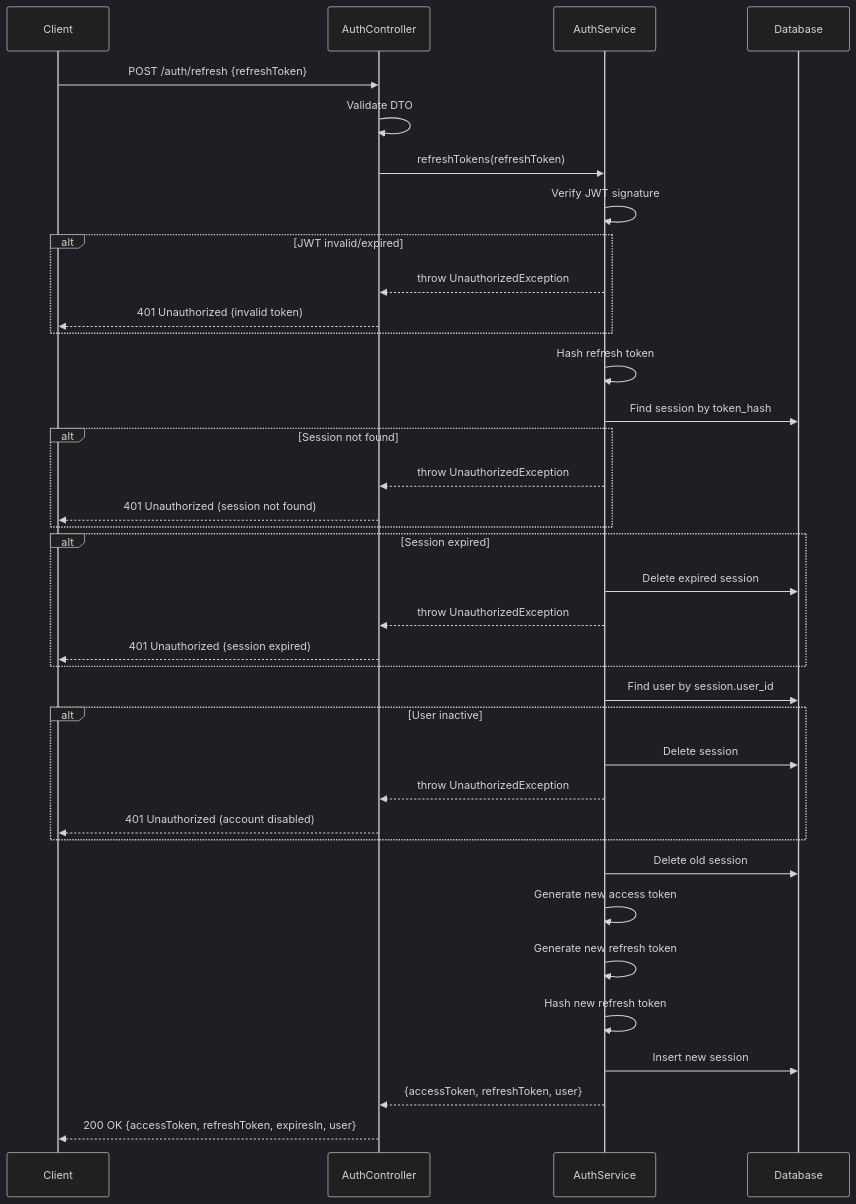
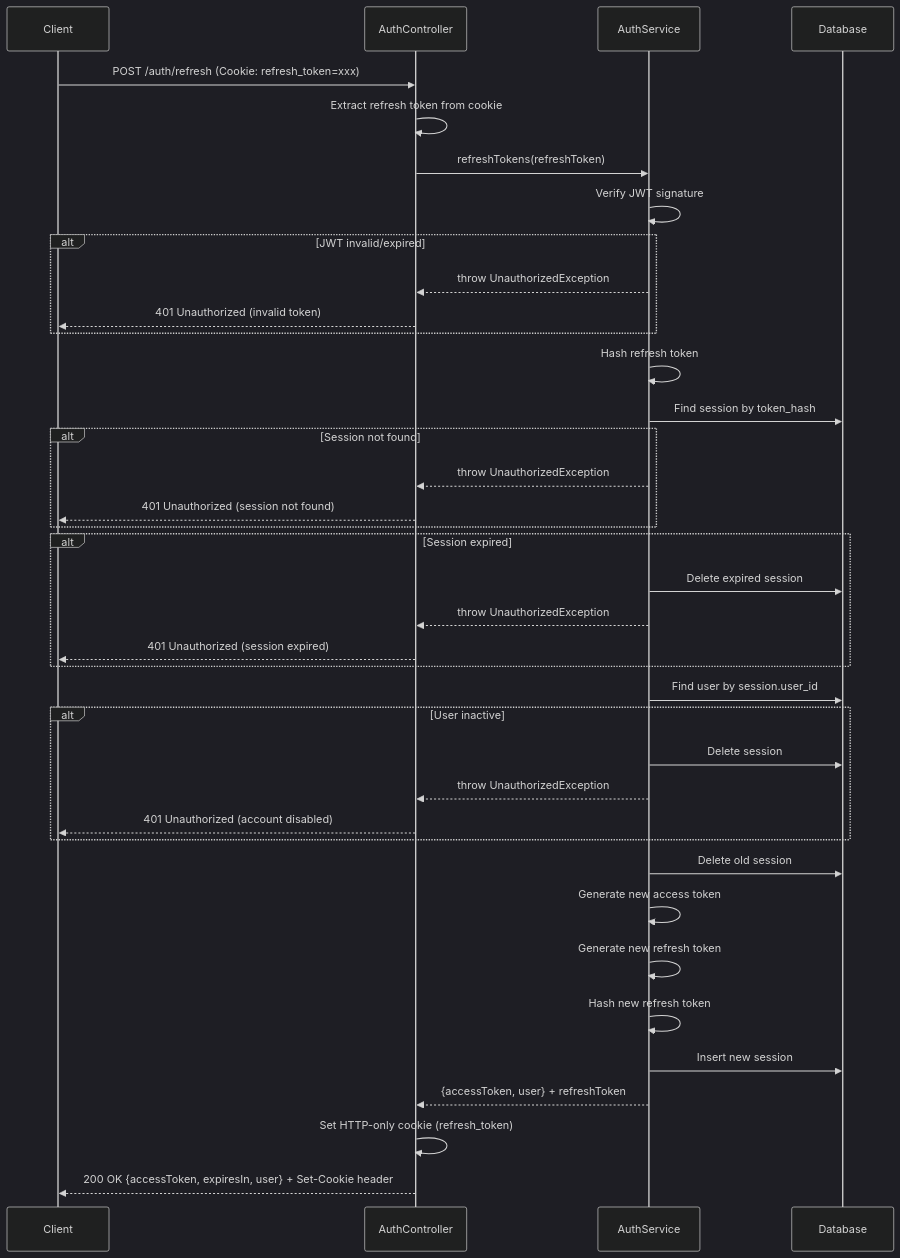
One commit to LeoChiu1027/cms changed the third of 5 diagrams in docs/auth-sequences.md. Above: the diagram before and after it, drawn with Mermaid (dark theme). The commit also changed other lines of this file and 15 other files, not shown here.

````diff
--- a/docs/auth-sequences.md
+++ b/docs/auth-sequences.md
@@ -79,47 +81,48 @@
 ```mermaid
 sequenceDiagram
     participant C as Client
     participant AC as AuthController
     participant AS as AuthService
     participant DB as Database
 
-    C->>AC: POST /auth/refresh {refreshToken}
-    AC->>AC: Validate DTO
+    C->>AC: POST /auth/refresh (Cookie: refresh_token=xxx)
+    AC->>AC: Extract refresh token from cookie
     AC->>AS: refreshTokens(refreshToken)
     AS->>AS: Verify JWT signature
 
     alt JWT invalid/expired
         AS-->>AC: throw UnauthorizedException
         AC-->>C: 401 Unauthorized (invalid token)
     end
 
     AS->>AS: Hash refresh token
     AS->>DB: Find session by token_hash
 
     alt Session not found
         AS-->>AC: throw UnauthorizedException
         AC-->>C: 401 Unauthorized (session not found)
     end
 
     alt Session expired
         AS->>DB: Delete expired session
         AS-->>AC: throw UnauthorizedException
         AC-->>C: 401 Unauthorized (session expired)
     end
 
     AS->>DB: Find user by session.user_id
 
     alt User inactive
         AS->>DB: Delete session
         AS-->>AC: throw UnauthorizedException
         AC-->>C: 401 Unauthorized (account disabled)
     end
 
     AS->>DB: Delete old session
     AS->>AS: Generate new access token
     AS->>AS: Generate new refresh token
     AS->>AS: Hash new refresh token
     AS->>DB: Insert new session
-    AS-->>AC: {accessToken, refreshToken, user}
-    AC-->>C: 200 OK {accessToken, refreshToken, expiresIn, user}
+    AS-->>AC: {accessToken, user} + refreshToken
+    AC->>AC: Set HTTP-only cookie (refresh_token)
+    AC-->>C: 200 OK {accessToken, expiresIn, user} + Set-Cookie header
 ```
````
